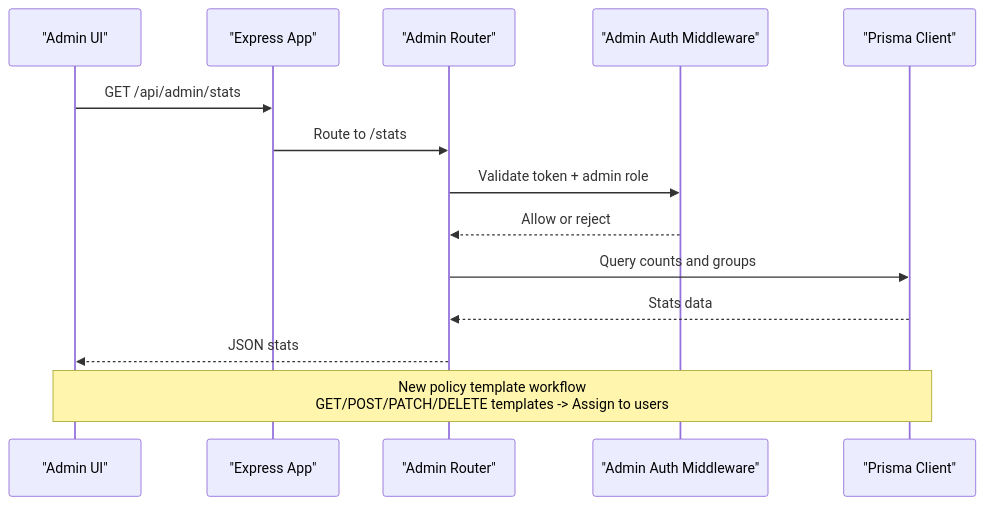
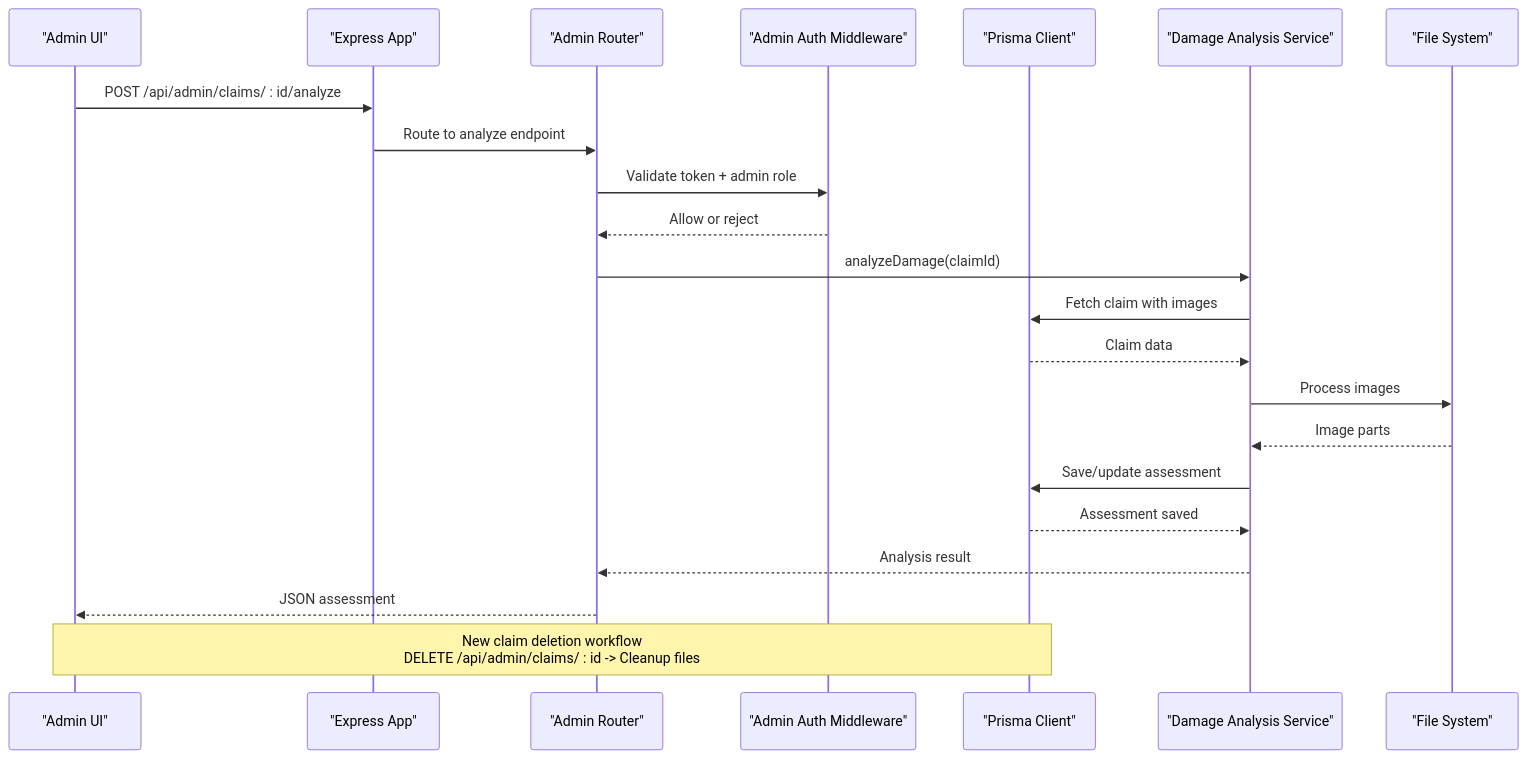
Before and after one commit to NaveenHiranya/Smart-Vehicle-Insurance-Claim-System: the second of 12 diagrams in .qoder/repowiki/en/content/Backend Documentation/API Endpoints Reference/Administrative Endpoints.md, drawn with Mermaid. The commit also changed other lines of this file and 38 other files, not shown here.

````diff
--- a/.qoder/repowiki/en/content/Backend Documentation/API Endpoints Reference/Administrative Endpoints.md
+++ b/.qoder/repowiki/en/content/Backend Documentation/API Endpoints Reference/Administrative Endpoints.md
@@ -113,16 +124,24 @@
 ```mermaid
 sequenceDiagram
 participant FE as "Admin UI"
 participant API as "Express App"
 participant AR as "Admin Router"
 participant MA as "Admin Auth Middleware"
 participant DB as "Prisma Client"
-FE->>API : GET /api/admin/stats
-API->>AR : Route to /stats
+participant DS as "Damage Analysis Service"
+participant FS as "File System"
+FE->>API : POST /api/admin/claims/ : id/analyze
+API->>AR : Route to analyze endpoint
 AR->>MA : Validate token + admin role
 MA-->>AR : Allow or reject
-AR->>DB : Query counts and groups
-DB-->>AR : Stats data
-AR-->>FE : JSON stats
-Note over FE,DB : New policy template workflow<br/>GET/POST/PATCH/DELETE templates -> Assign to users
+AR->>DS : analyzeDamage(claimId)
+DS->>DB : Fetch claim with images
+DB-->>DS : Claim data
+DS->>FS : Process images
+FS-->>DS : Image parts
+DS->>DB : Save/update assessment
+DB-->>DS : Assessment saved
+DS-->>AR : Analysis result
+AR-->>FE : JSON assessment
+Note over FE,DB : New claim deletion workflow<br/>DELETE /api/admin/claims/ : id -> Cleanup files
 ```
````
